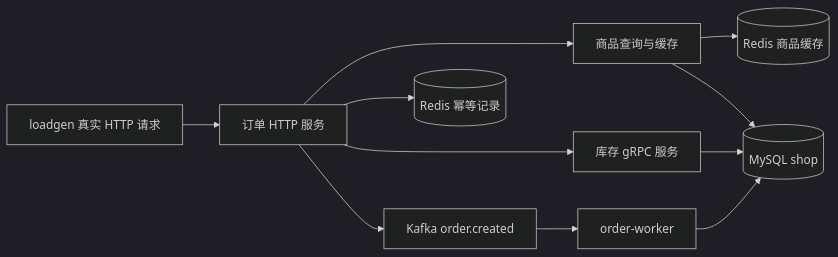
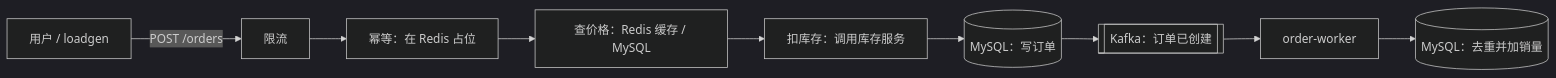
The first of 2 diagrams in docs/learn/phase-02-order.md (Li-Nepenthe/opsdoctor), drawn with Mermaid (dark theme) before and after one commit. The commit also changed other lines of this file and 11 other files, not shown here.

````diff
--- a/docs/learn/phase-02-order.md
+++ b/docs/learn/phase-02-order.md
@@ -7,13 +32,11 @@
 ```mermaid
 flowchart LR
-    L[loadgen 真实 HTTP 请求] --> O[订单 HTTP 服务]
-    O --> P[商品查询与缓存]
-    P --> R[(Redis 商品缓存)]
-    P --> D[(MySQL shop)]
-    O --> I[库存 gRPC 服务]
-    I --> D
-    O --> K[Kafka order.created]
+    U[用户 / loadgen] -->|POST /orders| R[限流]
+    R --> I[幂等：在 Redis 占位]
+    I --> P[查价格：Redis 缓存 / MySQL]
+    P --> D[扣库存：调用库存服务]
+    D --> O[(MySQL：写订单)]
+    O --> K[[Kafka：订单已创建]]
     K --> W[order-worker]
-    W --> D
-    O --> Q[(Redis 幂等记录)]
+    W --> S[(MySQL：去重并加销量)]
 ```
````
